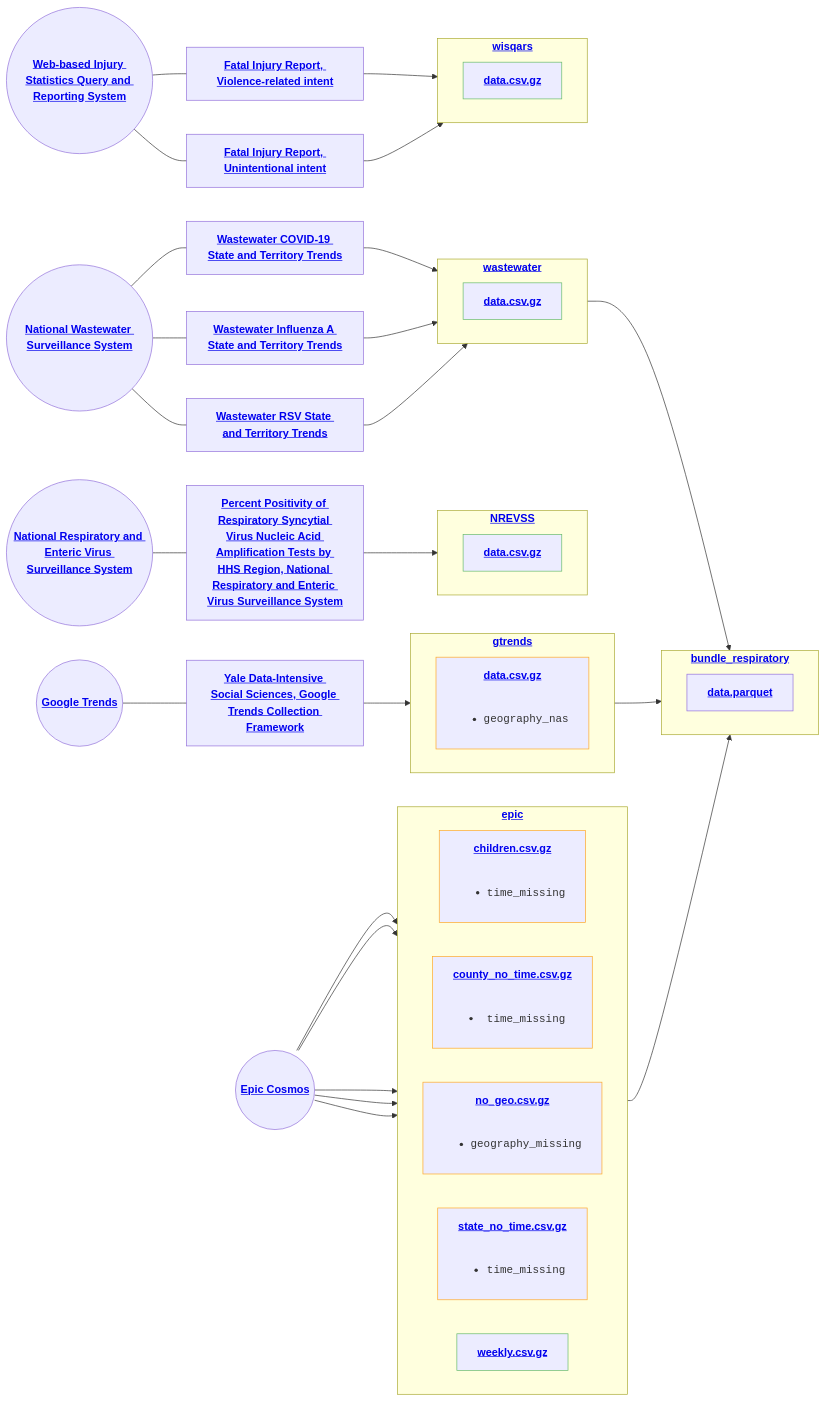
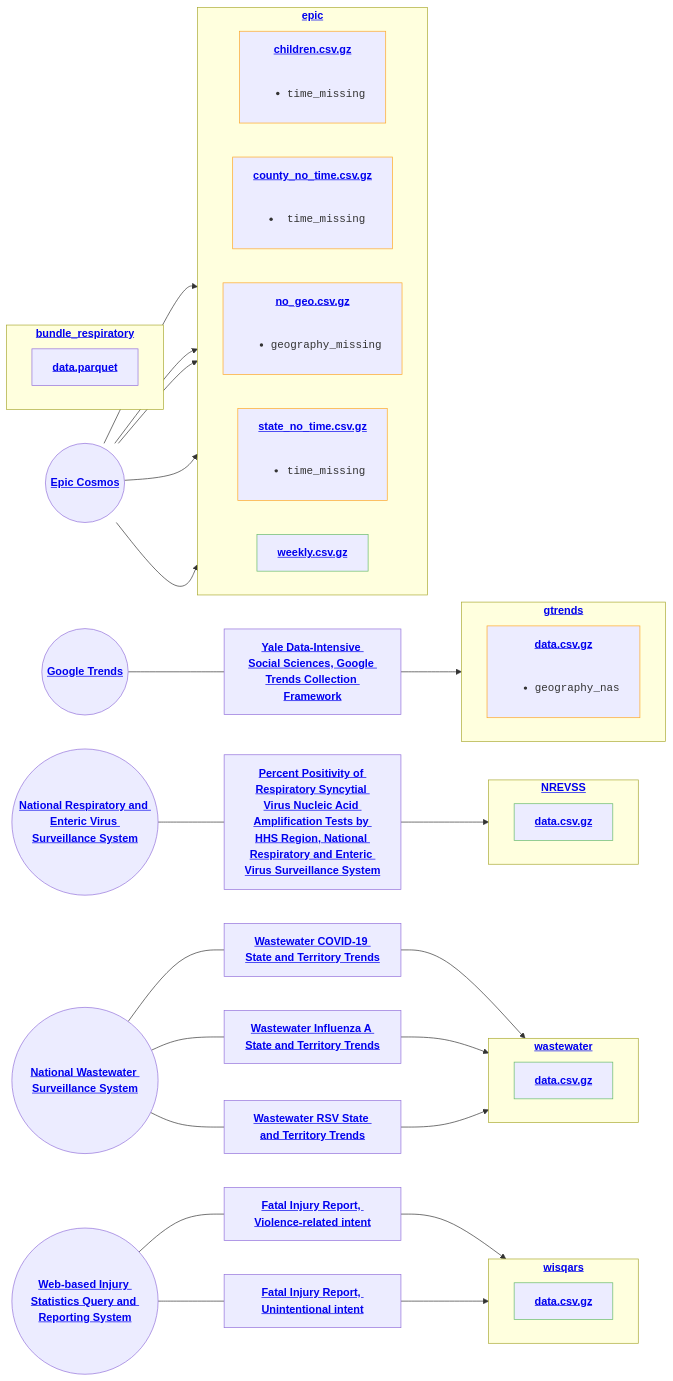
One commit to DISSC-yale/pophive_demo changed the diagram in status.md. Above: the diagram before and after it, drawn with Mermaid. The commit also changed 3 other files, not shown here.

````diff
--- a/status.md
+++ b/status.md
@@ -1,61 +1,58 @@
 ```mermaid
 flowchart LR
     classDef pass stroke:#66bb6a
     classDef warn stroke:#ffa726
     classDef fail stroke:#f44336
     s0(("<strong><a href="https://cosmos.epic.com" target="_blank" rel="noreferrer">Epic Cosmos</a></strong>"))
     s1(("<strong><a href="https://trends.google.com" target="_blank" rel="noreferrer">Google Trends</a></strong>"))
     s3(("<strong><a href="https://www.cdc.gov/nrevss" target="_blank" rel="noreferrer">National Respiratory and Enteric Virus Surveillance System</a></strong>"))
     s5(("<strong><a href="https://www.cdc.gov/nwss" target="_blank" rel="noreferrer">National Wastewater Surveillance System</a></strong>"))
     s9(("<strong><a href="https://wisqars.cdc.gov/" target="_blank" rel="noreferrer">Web-based Injury Statistics Query and Reporting System</a></strong>"))
     subgraph epic["`<strong><a href="https://github.com/dissc-yale/pophive_demo/tree/main/data/epic" target="_blank" rel="noreferrer">epic</a></strong>`"]
         direction LR
         n1["`<strong><a href="https://github.com/dissc-yale/pophive_demo/blob/main/data/epic/standard/children.csv.gz" target="_blank" rel="noreferrer">children.csv.gz</a></strong><br/><br/><ul><li><code>time_missing</code></li></ul>`"]:::warn
         n2["`<strong><a href="https://github.com/dissc-yale/pophive_demo/blob/main/data/epic/standard/county_no_time.csv.gz" target="_blank" rel="noreferrer">county_no_time.csv.gz</a></strong><br/><br/><ul><li><code>time_missing</code></li></ul>`"]:::warn
         n3["`<strong><a href="https://github.com/dissc-yale/pophive_demo/blob/main/data/epic/standard/no_geo.csv.gz" target="_blank" rel="noreferrer">no_geo.csv.gz</a></strong><br/><br/><ul><li><code>geography_missing</code></li></ul>`"]:::warn
         n4["`<strong><a href="https://github.com/dissc-yale/pophive_demo/blob/main/data/epic/standard/state_no_time.csv.gz" target="_blank" rel="noreferrer">state_no_time.csv.gz</a></strong><br/><br/><ul><li><code>time_missing</code></li></ul>`"]:::warn
         n5["`<strong><a href="https://github.com/dissc-yale/pophive_demo/blob/main/data/epic/standard/weekly.csv.gz" target="_blank" rel="noreferrer">weekly.csv.gz</a></strong>`"]:::pass
     end
     subgraph gtrends["`<strong><a href="https://github.com/dissc-yale/pophive_demo/tree/main/data/gtrends" target="_blank" rel="noreferrer">gtrends</a></strong>`"]
         direction LR
         n6["`<strong><a href="https://github.com/dissc-yale/pophive_demo/blob/main/data/gtrends/standard/data.csv.gz" target="_blank" rel="noreferrer">data.csv.gz</a></strong><br/><br/><ul><li><code>geography_nas</code></li></ul>`"]:::warn
     end
     subgraph NREVSS["`<strong><a href="https://github.com/dissc-yale/pophive_demo/tree/main/data/NREVSS" target="_blank" rel="noreferrer">NREVSS</a></strong>`"]
         direction LR
         n7["`<strong><a href="https://github.com/dissc-yale/pophive_demo/blob/main/data/NREVSS/standard/data.csv.gz" target="_blank" rel="noreferrer">data.csv.gz</a></strong>`"]:::pass
     end
     subgraph wastewater["`<strong><a href="https://github.com/dissc-yale/pophive_demo/tree/main/data/wastewater" target="_blank" rel="noreferrer">wastewater</a></strong>`"]
         direction LR
         n8["`<strong><a href="https://github.com/dissc-yale/pophive_demo/blob/main/data/wastewater/standard/data.csv.gz" target="_blank" rel="noreferrer">data.csv.gz</a></strong>`"]:::pass
     end
     subgraph wisqars["`<strong><a href="https://github.com/dissc-yale/pophive_demo/tree/main/data/wisqars" target="_blank" rel="noreferrer">wisqars</a></strong>`"]
         direction LR
         n9["`<strong><a href="https://github.com/dissc-yale/pophive_demo/blob/main/data/wisqars/standard/data.csv.gz" target="_blank" rel="noreferrer">data.csv.gz</a></strong>`"]:::pass
     end
     subgraph bundle_respiratory["`<strong><a href="https://github.com/dissc-yale/pophive_demo/tree/main/data/bundle_respiratory" target="_blank" rel="noreferrer">bundle_respiratory</a></strong>`"]
         direction LR
         n10["`<strong><a href="https://github.com/dissc-yale/pophive_demo/blob/main/data/bundle_respiratory/dist/data.parquet" target="_blank" rel="noreferrer">data.parquet</a></strong>`"]
     end
     s0 --> n1
     s0 --> n2
     s0 --> n3
     s0 --> n4
     s0 --> n5
     s1---s2["<strong><a href="https://github.com/DISSC-yale/gtrends_collection" target="_blank" rel="noreferrer">Yale Data-Intensive Social Sciences, Google Trends Collection Framework</a></strong>"]
     s2 --> n6
     s3---s4["<strong><a href="https://data.cdc.gov/resource/3cxc-4k8q" target="_blank" rel="noreferrer">Percent Positivity of Respiratory Syncytial Virus Nucleic Acid Amplification Tests by HHS Region, National Respiratory and Enteric Virus Surveillance System</a></strong>"]
     s4 --> n7
     s5---s6["<strong><a href="https://www.cdc.gov/nwss/rv/COVID19-statetrend.html" target="_blank" rel="noreferrer">Wastewater COVID-19 State and Territory Trends</a></strong>"]
     s6 --> n8
     s5---s7["<strong><a href="https://www.cdc.gov/nwss/rv/InfluenzaA-statetrend.html" target="_blank" rel="noreferrer">Wastewater Influenza A State and Territory Trends</a></strong>"]
     s7 --> n8
     s5---s8["<strong><a href="https://www.cdc.gov/nwss/rv/RSV-statetrend.html" target="_blank" rel="noreferrer">Wastewater RSV State and Territory Trends</a></strong>"]
     s8 --> n8
     s9---s10["<strong><a href="https://wisqars.cdc.gov/reports/?o=MORT&i=8&m=20810&s=0&r=0&ry=2&y1=2018&y2=2023&a=ALL&g1=0&g2=199&a1=0&a2=199&r1=MECH&r2=AGEGP&r3=STATE&r4=YEAR&r5=NONE&r6=NONE&g=00&e=0&yp=65&me=0&t=0" target="_blank" rel="noreferrer">Fatal Injury Report, Violence-related intent</a></strong>"]
     s10 --> n9
     s9---s11["<strong><a href="https://wisqars.cdc.gov/reports/?o=MORT&i=1&m=20810&s=0&r=0&ry=2&y1=2018&y2=2023&a=ALL&g1=0&g2=199&a1=0&a2=199&r1=MECH&r2=AGEGP&r3=STATE&r4=YEAR&r5=NONE&r6=NONE&g=00&e=0&yp=65&me=0&t=0" target="_blank" rel="noreferrer">Fatal Injury Report, Unintentional intent</a></strong>"]
     s11 --> n9
-    n5 --> bundle_respiratory
-    n6 --> bundle_respiratory
-    n8 --> bundle_respiratory
 ```
````
